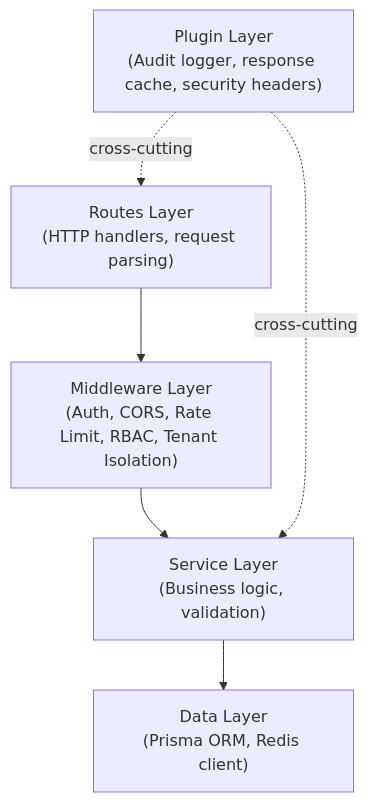
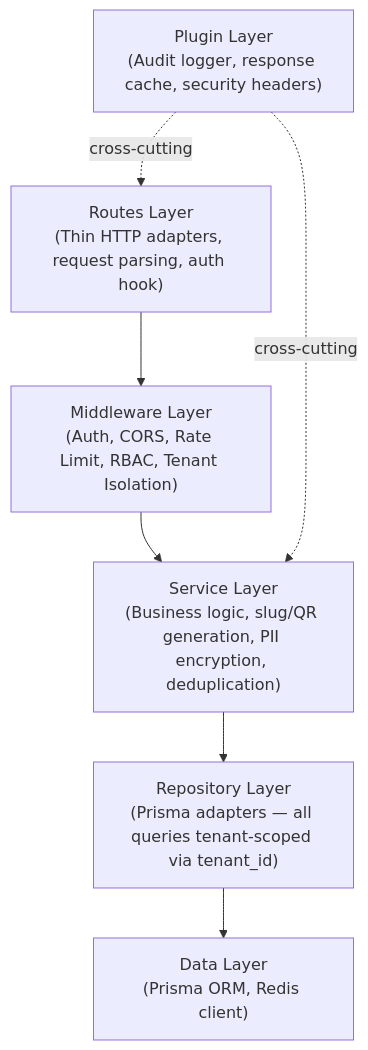
The third of 9 diagrams in .agents/summary/architecture.md (awingmawe/wedding-ecosystem), drawn with Mermaid before and after one commit. The commit also changed other lines of this file and 37 other files, not shown here.

Commit message:
feat: implement repository pattern for guest, rsvp, and cms data access layers with full test coverage

````diff
--- a/.agents/summary/architecture.md
+++ b/.agents/summary/architecture.md
@@ -59,14 +59,16 @@
 ```mermaid
 graph TB
-    Routes["Routes Layer<br/>(HTTP handlers, request parsing)"]
+    Routes["Routes Layer<br/>(Thin HTTP adapters, request parsing, auth hook)"]
     Middleware["Middleware Layer<br/>(Auth, CORS, Rate Limit, RBAC, Tenant Isolation)"]
-    Services["Service Layer<br/>(Business logic, validation)"]
+    Services["Service Layer<br/>(Business logic, slug/QR generation, PII encryption, deduplication)"]
+    Repositories["Repository Layer<br/>(Prisma adapters — all queries tenant-scoped via tenant_id)"]
     Plugins["Plugin Layer<br/>(Audit logger, response cache, security headers)"]
     Data["Data Layer<br/>(Prisma ORM, Redis client)"]
 
     Routes --> Middleware
     Middleware --> Services
-    Services --> Data
+    Services --> Repositories
+    Repositories --> Data
     Plugins -.->|cross-cutting| Routes
     Plugins -.->|cross-cutting| Services
 ```
````
